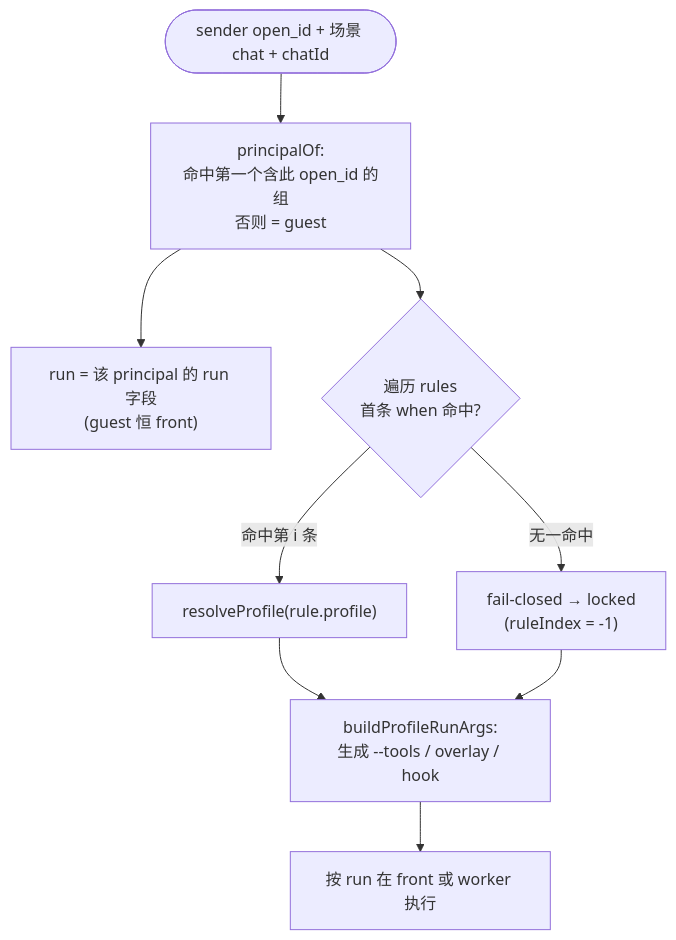
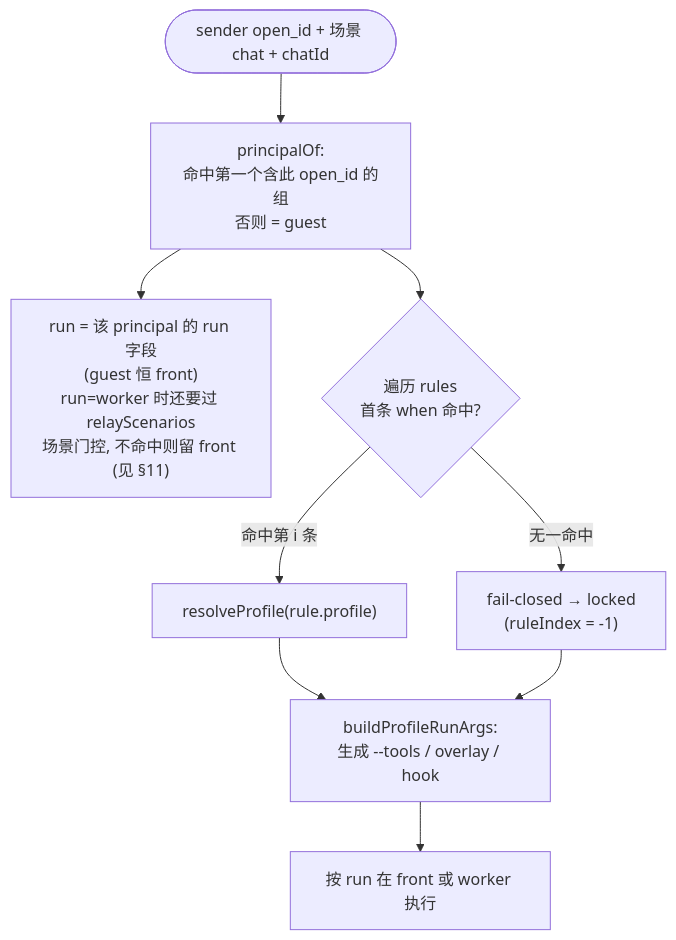
The second of 11 diagrams in CONFIGURATION.zh.md (sorphwer/feishu-omp-bridge), drawn with Mermaid before and after one commit. The commit also changed other lines of this file and 12 other files, not shown here.

````diff
--- a/CONFIGURATION.zh.md
+++ b/CONFIGURATION.zh.md
@@ -98,11 +98,11 @@
 ```mermaid
 flowchart TD
   S(["sender open_id + 场景 chat + chatId"]) --> PO["principalOf:<br/>命中第一个含此 open_id 的组<br/>否则 = guest"]
-  PO --> RT["run = 该 principal 的 run 字段<br/>(guest 恒 front)"]
+  PO --> RT["run = 该 principal 的 run 字段<br/>(guest 恒 front)<br/>run=worker 时还要过 relayScenarios<br/>场景门控, 不命中则留 front (见 §11)"]
   PO --> LOOP{"遍历 rules<br/>首条 when 命中?"}
   LOOP -->|命中第 i 条| RP["resolveProfile(rule.profile)"]
   LOOP -->|无一命中| LK["fail-closed → locked<br/>(ruleIndex = -1)"]
   RP --> AP["buildProfileRunArgs:<br/>生成 --tools / overlay / hook"]
   LK --> AP
   AP --> EXEC["按 run 在 front 或 worker 执行"]
 ```
````
